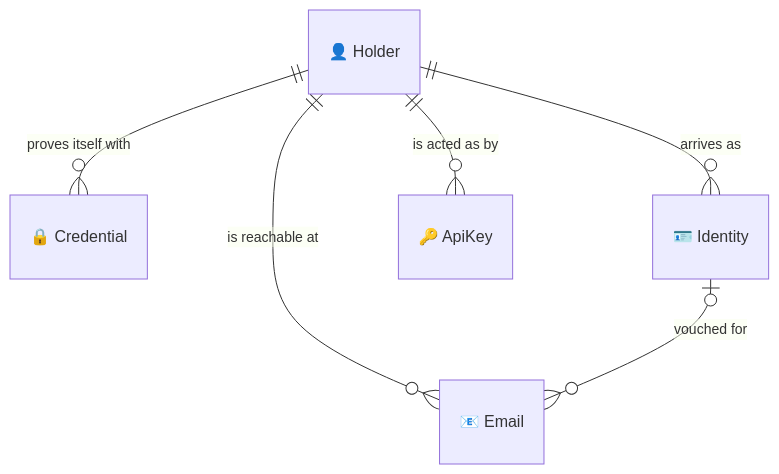
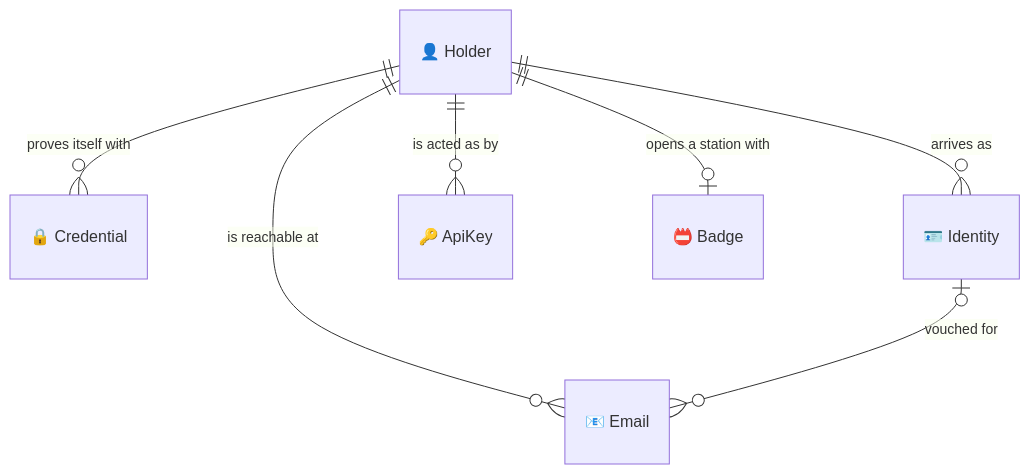
One commit to lesomnus/roster changed the sixth of 8 diagrams in docs/entity.md. Above: the diagram before and after it, drawn with Mermaid. The commit also changed other lines of this file and 57 other files, not shown here.

First line of the commit message:
core: a badge and a PIN open a station, and nothing that signs anybody in reads one (#595)

````diff
--- a/docs/entity.md
+++ b/docs/entity.md
@@ -521,8 +521,9 @@
 ```mermaid
 erDiagram
   "👤 Holder"  ||--o{  "🔒 Credential" : "proves itself with"
   "👤 Holder"  ||--o{  "🪪 Identity" : "arrives as"
   "👤 Holder"  ||--o{  "📧 Email" : "is reachable at"
   "👤 Holder"  ||--o{  "🔑 ApiKey" : "is acted as by"
+  "👤 Holder"  ||--o|  "📛 Badge" : "opens a station with"
   "🪪 Identity"  |o--o{  "📧 Email" : "vouched for"
 ```
````
